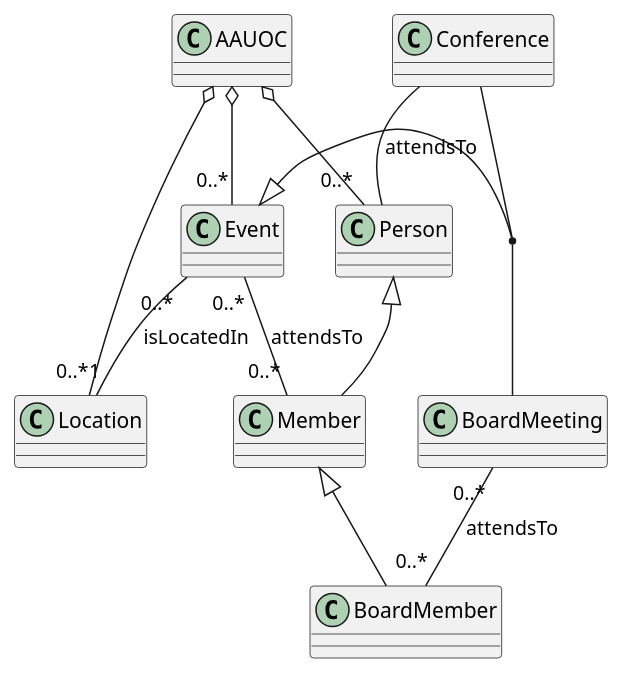
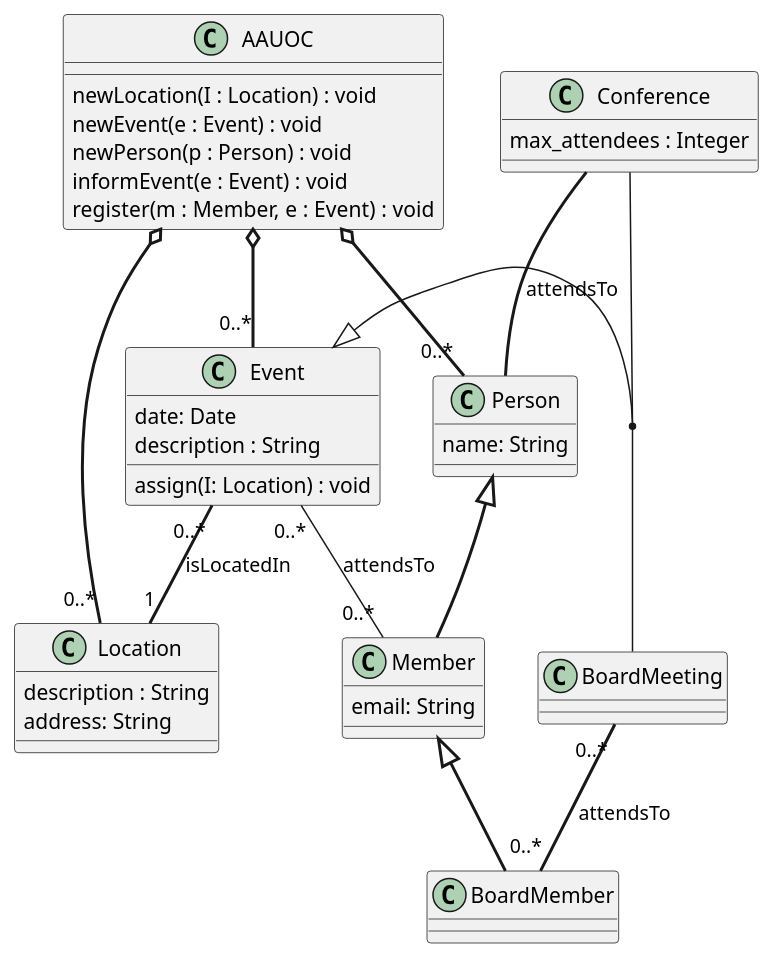
The diagram in PlantUML/src/DiagramaClasesUMLUD11.puml (JaimeSoftDev/UMLClases-Jaime-Macia-Mora), drawn with PlantUML before and after one commit.

```diff
--- a/PlantUML/src/DiagramaClasesUMLUD11.puml
+++ b/PlantUML/src/DiagramaClasesUMLUD11.puml
@@ -1,20 +1,39 @@
 @startuml
-class Member
+class Member {
+email: String
+}
 class BoardMember
-class Event
-class Conference
+class Event {
+date: Date
+description : String
+assign(I: Location) : void
+}
+class Conference{
+max_attendees : Integer
+}
 class BoardMeeting
-class Location
-class Person
-class AAUOC
-Event <|-- (Conference, BoardMeeting)
-Person <|-- Member
-Member <|-- BoardMember
-Event "0..*" -- "1"Location : isLocatedIn
+class Location {
+description : String
+address: String
+}
+class Person{
+name: String
+}
+class AAUOC{
+newLocation(I : Location) : void
+newEvent(e : Event) : void
+newPerson(p : Person) : void
+informEvent(e : Event) : void
+register(m : Member, e : Event) : void
+}
+Event <|-[bold]- (Conference, BoardMeeting)
+Person <|-[bold]- Member
+Member <|-[bold]- BoardMember
+Event "0..*" -[bold]- "1"Location : isLocatedIn
 Event "0..*" -- "0..*" Member : attendsTo
-BoardMeeting "0..*" -- "0..*" BoardMember : attendsTo
-Conference -- Person : attendsTo
-AAUOC o-- "0..*" Location
-AAUOC o-- "0..*" Event
-AAUOC o-- "0..*" Person
+BoardMeeting "0..*" -[bold]- "0..*" BoardMember : attendsTo
+Conference -[bold]- Person : attendsTo
+AAUOC o-[bold]- "0..*" Location
+AAUOC o-[bold]- "0..*" Event
+AAUOC o-[bold]- "0..*" Person
 @enduml
```
